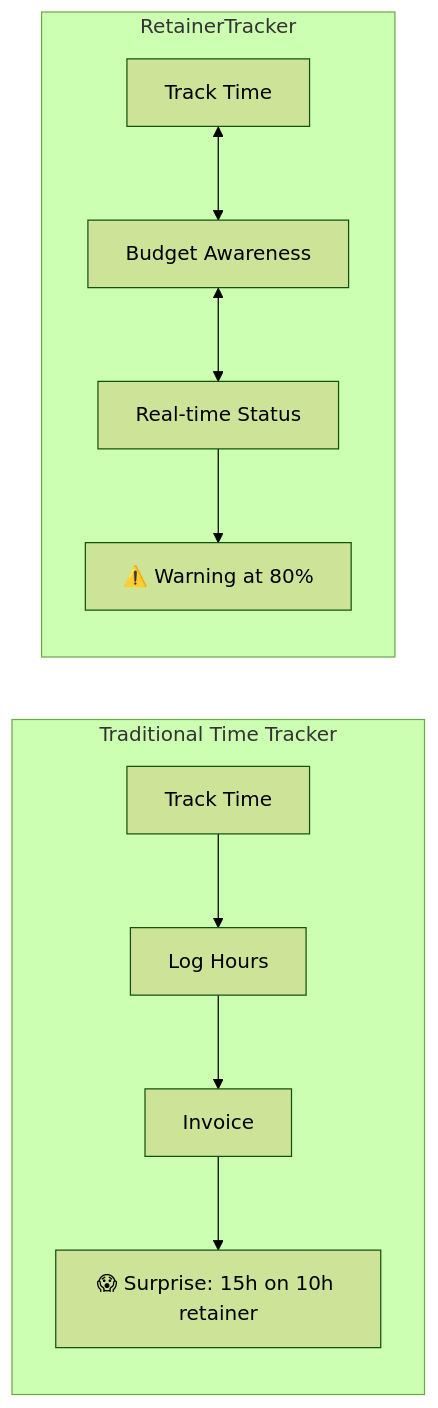
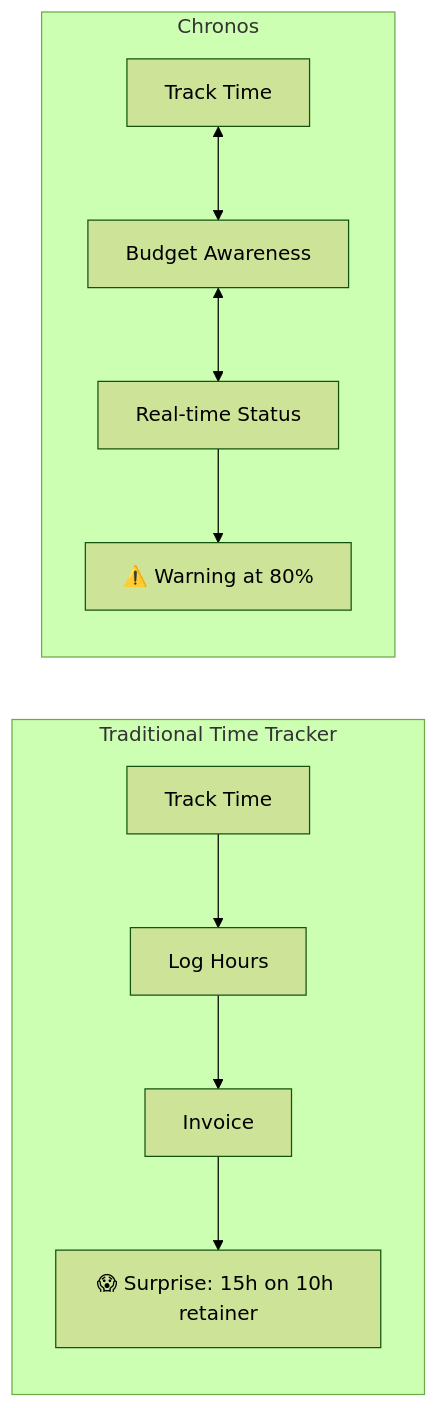
The first of 8 diagrams in TECH_GUIDE.md (filio623/chronos), drawn with Mermaid (forest theme) before and after one commit. The commit also changed other lines of this file and 2 other files, not shown here.

Commit message:
Rename docs and package to Chronos

````diff
--- a/TECH_GUIDE.md
+++ b/TECH_GUIDE.md
@@ -28,13 +28,13 @@
 ```mermaid
 flowchart LR
     subgraph Traditional["Traditional Time Tracker"]
         A[Track Time] --> B[Log Hours] --> C[Invoice]
         C --> D["😱 Surprise: 15h on 10h retainer"]
     end
 
-    subgraph RT["RetainerTracker"]
+    subgraph RT["Chronos"]
         E[Track Time] <--> F[Budget Awareness]
         F <--> G[Real-time Status]
         G --> H["⚠️ Warning at 80%"]
     end
 ```
````
